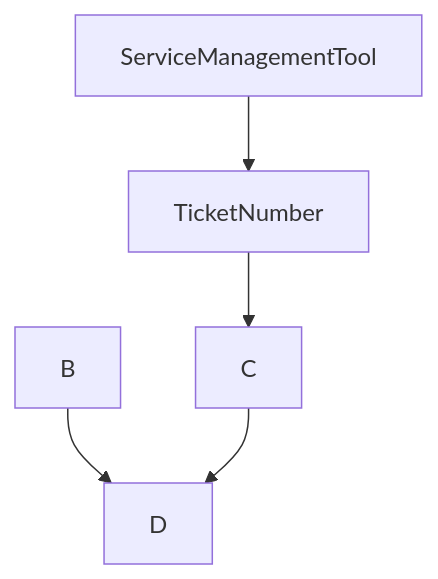
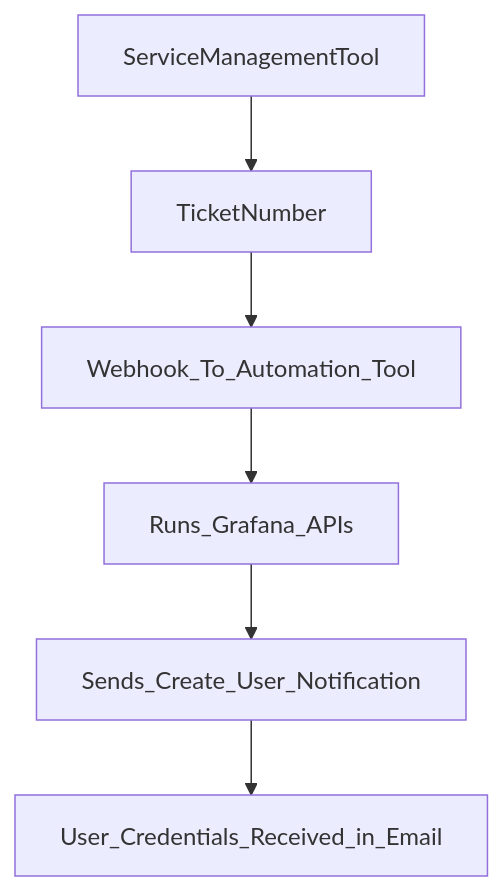
Before and after one commit to learnwithvikasjha/grafana: the diagram in grafana-apis/authentication/notes.md, drawn with Mermaid.

````diff
--- a/grafana-apis/authentication/notes.md
+++ b/grafana-apis/authentication/notes.md
@@ -1,7 +1,8 @@
 ```mermaid
 graph TD;
-    ServiceManagementTool -->TicketNumber;
-    TicketNumber-->C;
-    B-->D;
-    C-->D;
+    ServiceManagementTool-->TicketNumber;
+    TicketNumber-->Webhook_To_Automation_Tool;
+    Webhook_To_Automation_Tool-->Runs_Grafana_APIs
+    Runs_Grafana_APIs-->Sends_Create_User_Notification;
+    Sends_Create_User_Notification-->User_Credentials_Received_in_Email;
 ```
````
